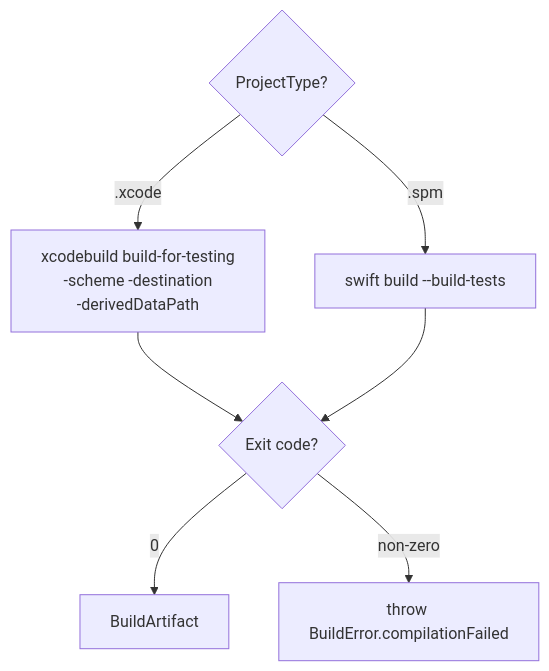
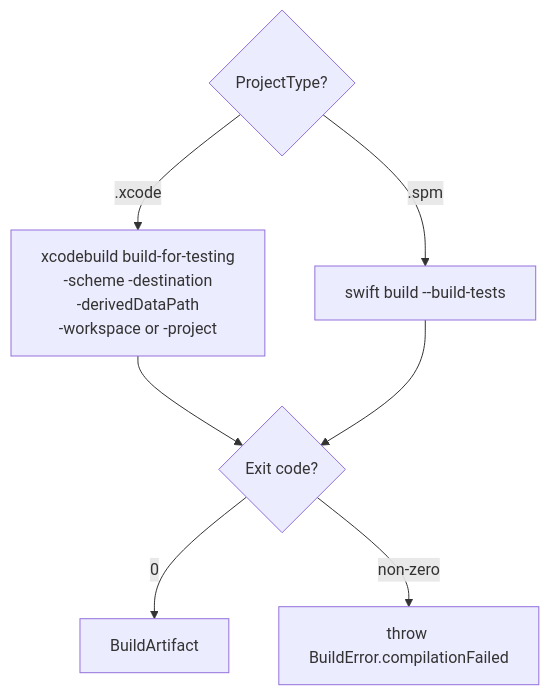
The second of 6 diagrams in Docs/Architecture/03-execution.md (C24-Bank/swift-mutation-testing), drawn with Mermaid before and after one commit. The commit also changed other lines of this file and 6 other files, not shown here.

Commit message:
docs: describe Xcode workspaces, the container rules and why the container sits beside the project type

````diff
--- a/Docs/Architecture/03-execution.md
+++ b/Docs/Architecture/03-execution.md
@@ -79,10 +79,10 @@
 ```mermaid
 flowchart TD
     A{ProjectType?}
-    A -- .xcode --> B[xcodebuild build-for-testing\n-scheme -destination\n-derivedDataPath]
+    A -- .xcode --> B[xcodebuild build-for-testing\n-scheme -destination\n-derivedDataPath\n-workspace or -project]
     A -- .spm --> C[swift build --build-tests]
     B --> D{Exit code?}
     C --> D
     D -- 0 --> E[BuildArtifact]
     D -- non-zero --> F[throw BuildError.compilationFailed]
 ```
````
